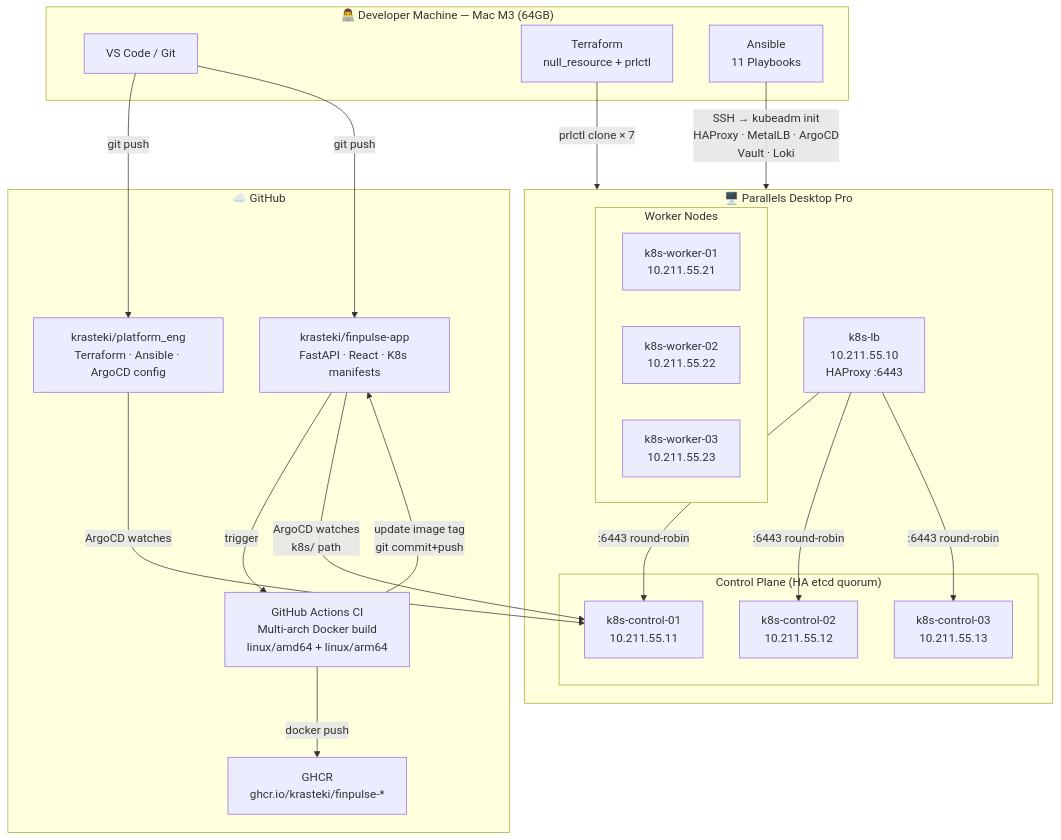
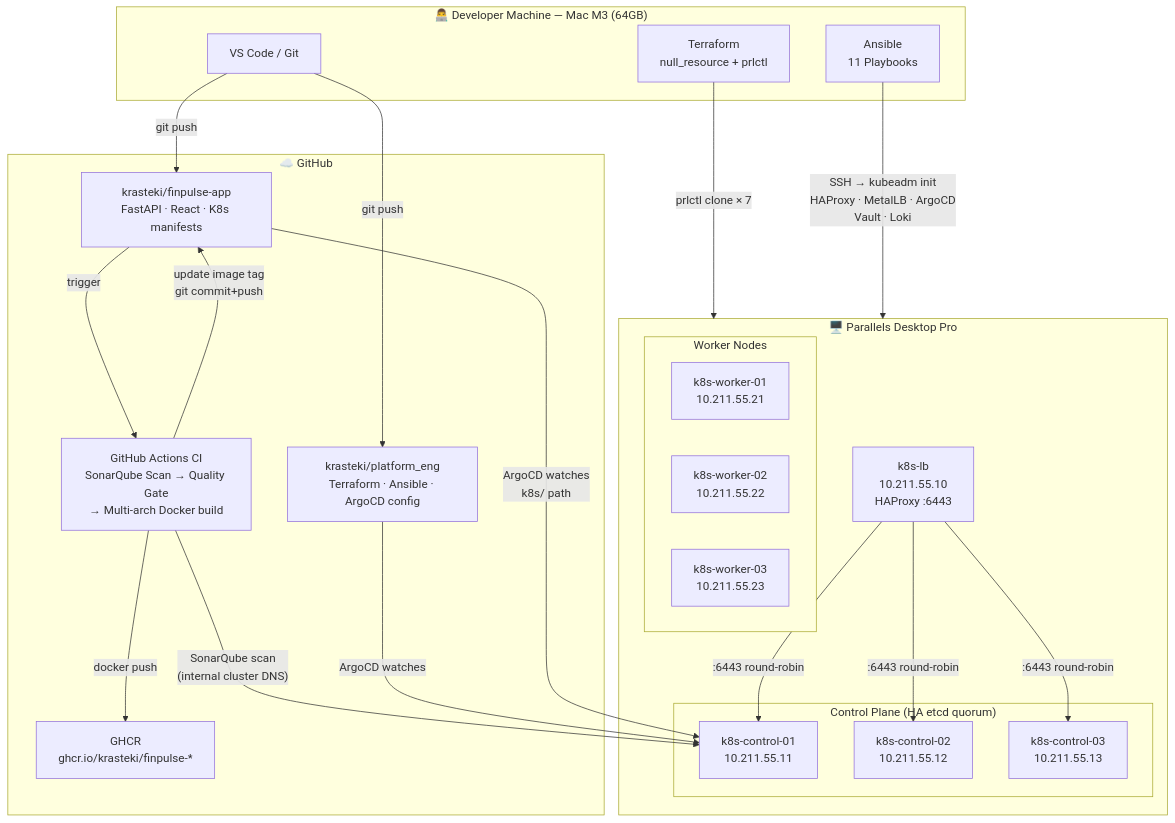
Before and after one commit to krasteki/platform_eng: the first of 4 diagrams in ARCHITECTURE.md, drawn with Mermaid. The commit also changed other lines of this file and 5 other files, not shown here.

First line of the commit message:
feat: add Backstage IDP deployment + update README/ARCHITECTURE with SonarQube and Backstage

````diff
--- a/ARCHITECTURE.md
+++ b/ARCHITECTURE.md
@@ -10,44 +10,45 @@
 ```mermaid
 graph TB
     subgraph DEV["👨‍💻 Developer Machine — Mac M3 (64GB)"]
         VSCODE["VS Code / Git"]
         TF["Terraform\nnull_resource + prlctl"]
         ANS["Ansible\n11 Playbooks"]
     end
 
     subgraph GITHUB["☁️ GitHub"]
         REPO_INFRA["krasteki/platform_eng\nTerraform · Ansible · ArgoCD config"]
         REPO_APP["krasteki/finpulse-app\nFastAPI · React · K8s manifests"]
-        CI["GitHub Actions CI\nMulti-arch Docker build\nlinux/amd64 + linux/arm64"]
+        CI["GitHub Actions CI\nSonarQube Scan → Quality Gate\n→ Multi-arch Docker build"]
         GHCR["GHCR\nghcr.io/krasteki/finpulse-*"]
     end
 
     subgraph PARALLELS["🖥️ Parallels Desktop Pro"]
         LB["k8s-lb\n10.211.55.10\nHAProxy :6443"]
 
         subgraph CP["Control Plane (HA etcd quorum)"]
             CP1["k8s-control-01\n10.211.55.11"]
             CP2["k8s-control-02\n10.211.55.12"]
             CP3["k8s-control-03\n10.211.55.13"]
         end
 
         subgraph WN["Worker Nodes"]
             W1["k8s-worker-01\n10.211.55.21"]
             W2["k8s-worker-02\n10.211.55.22"]
             W3["k8s-worker-03\n10.211.55.23"]
         end
     end
 
     TF -->|"prlctl clone × 7"| PARALLELS
     ANS -->|"SSH → kubeadm init\nHAProxy · MetalLB · ArgoCD\nVault · Loki"| PARALLELS
     VSCODE -->|"git push"| REPO_INFRA
     VSCODE -->|"git push"| REPO_APP
     REPO_APP -->|"trigger"| CI
+    CI -->|"SonarQube scan\n(internal cluster DNS)"| CP1
     CI -->|"docker push"| GHCR
     CI -->|"update image tag\ngit commit+push"| REPO_APP
     REPO_INFRA -->|"ArgoCD watches"| CP1
     REPO_APP -->|"ArgoCD watches\nk8s/ path"| CP1
     LB -->|":6443 round-robin"| CP1
     LB -->|":6443 round-robin"| CP2
     LB -->|":6443 round-robin"| CP3
 ```
````
